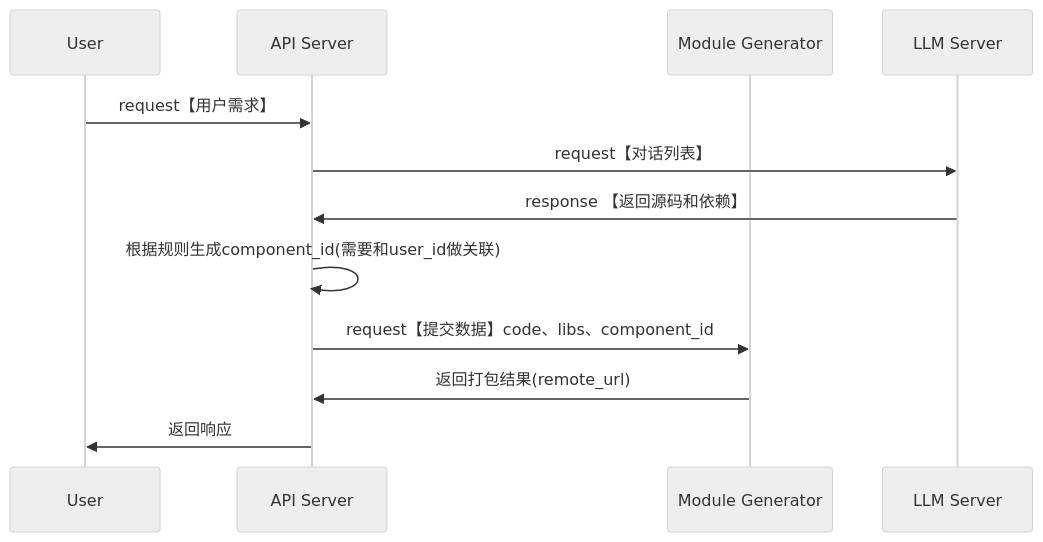
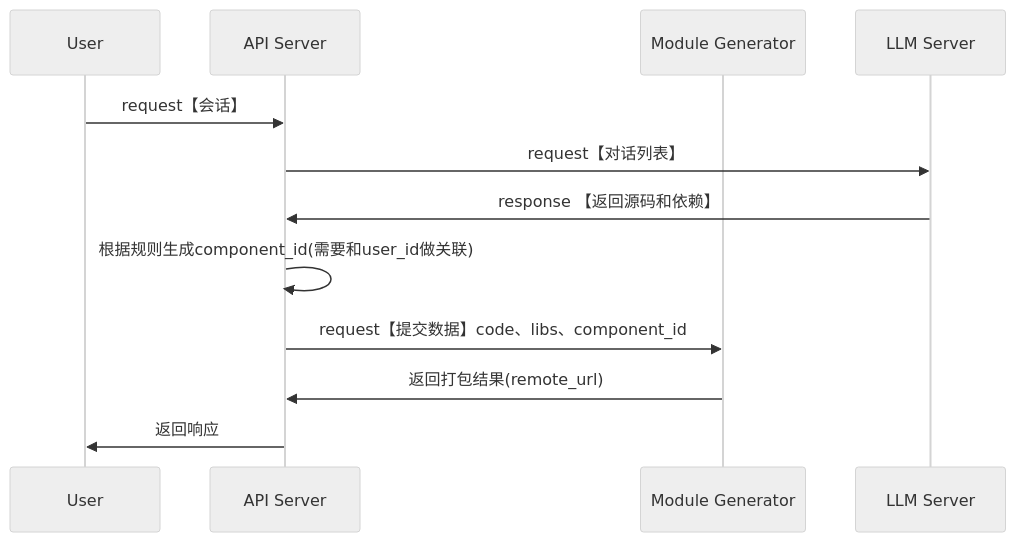
The diagram in all/w3-基础流程.md (yingjianzh/iodraw-files), drawn with Mermaid (neutral theme) before and after one commit.

Commit message:
2024-10-09 16:33:52 update

````diff
--- a/all/w3-基础流程.md
+++ b/all/w3-基础流程.md
@@ -1,16 +1,16 @@
 ```mermaid
 sequenceDiagram
     participant User
     participant API Server
     participant Module Generator
     participant LLM Server
 
-    User->>API Server: request【用户需求】
+    User->>API Server: request【会话】
     API Server->>LLM Server: request【对话列表】
     LLM Server->>API Server: response 【返回源码和依赖】
     API Server->>API Server: 根据规则生成component_id(需要和user_id做关联)
     API Server->>Module Generator: request【提交数据】code、libs、component_id
     Module Generator->>API Server: 返回打包结果(remote_url)
     
     API Server->>User: 返回响应
 ```
````
